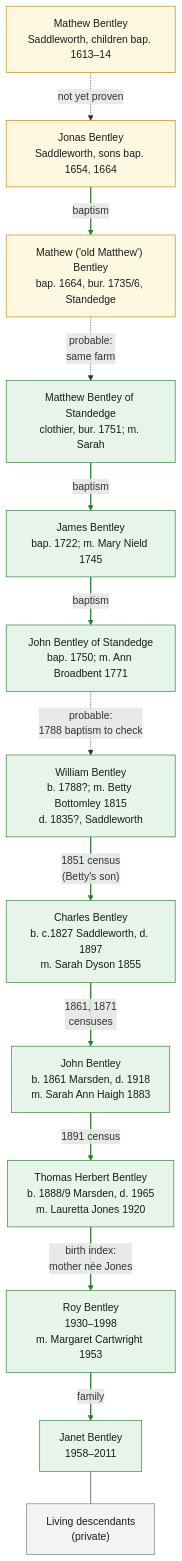
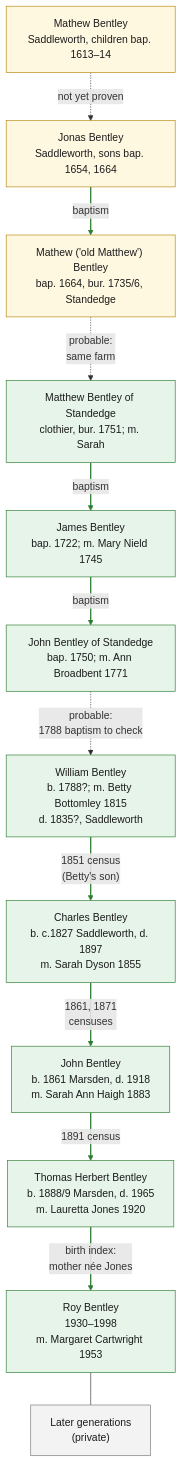
Before and after one commit to OPISGUY/Bentley-Family-History: the diagram in family-tree.md, drawn with Mermaid. The commit also changed other lines of this file and 3 other files, not shown here.

````diff
--- a/family-tree.md
+++ b/family-tree.md
@@ -17,35 +17,33 @@
 ```mermaid
 flowchart TD
     classDef found fill:#e6f4ea,stroke:#2e7d32,color:#1b1b1b
     classDef probable fill:#fff8e1,stroke:#b8860b,color:#1b1b1b
     classDef gap fill:#f3f3f3,stroke:#777777,color:#1b1b1b
 
     A1["Mathew Bentley<br/>Saddleworth, children bap. 1613–14"]:::probable
     A2["Jonas Bentley<br/>Saddleworth, sons bap. 1654, 1664"]:::probable
     A3["Mathew ('old Matthew') Bentley<br/>bap. 1664, bur. 1735/6, Standedge"]:::probable
     A4["Matthew Bentley of Standedge<br/>clothier, bur. 1751; m. Sarah"]:::found
     A5["James Bentley<br/>bap. 1722; m. Mary Nield 1745"]:::found
     A6["John Bentley of Standedge<br/>bap. 1750; m. Ann Broadbent 1771"]:::found
     B1["William Bentley<br/>b. 1788?; m. Betty Bottomley 1815<br/>d. 1835?, Saddleworth"]:::found
     B2["Charles Bentley<br/>b. c.1827 Saddleworth, d. 1897<br/>m. Sarah Dyson 1855"]:::found
     B3["John Bentley<br/>b. 1861 Marsden, d. 1918<br/>m. Sarah Ann Haigh 1883"]:::found
     B4["Thomas Herbert Bentley<br/>b. 1888/9 Marsden, d. 1965<br/>m. Lauretta Jones 1920"]:::found
     B5["Roy Bentley<br/>1930–1998<br/>m. Margaret Cartwright 1953"]:::found
-    B6["Janet Bentley<br/>1958–2011"]:::found
-    P["Living descendants<br/>(private)"]:::gap
+    P["Later generations<br/>(private)"]:::gap
 
     A1 -.->|not yet proven| A2
     A2 -->|baptism| A3
     A3 -.->|"probable:<br/>same farm"| A4
     A4 -->|baptism| A5
     A5 -->|baptism| A6
     A6 -.->|"probable:<br/>1788 baptism to check"| B1
     B1 -->|"1851 census<br/>(Betty's son)"| B2
     B2 -->|"1861, 1871<br/>censuses"| B3
     B3 -->|"1891 census"| B4
     B4 -->|"birth index:<br/>mother née Jones"| B5
-    B5 -->|family| B6
-    B6 --- P
+    B5 --- P
 
-    linkStyle 1,3,4,6,7,8,9,10 stroke:#2e7d32,stroke-width:2px
+    linkStyle 1,3,4,6,7,8,9 stroke:#2e7d32,stroke-width:2px
 ```
````
